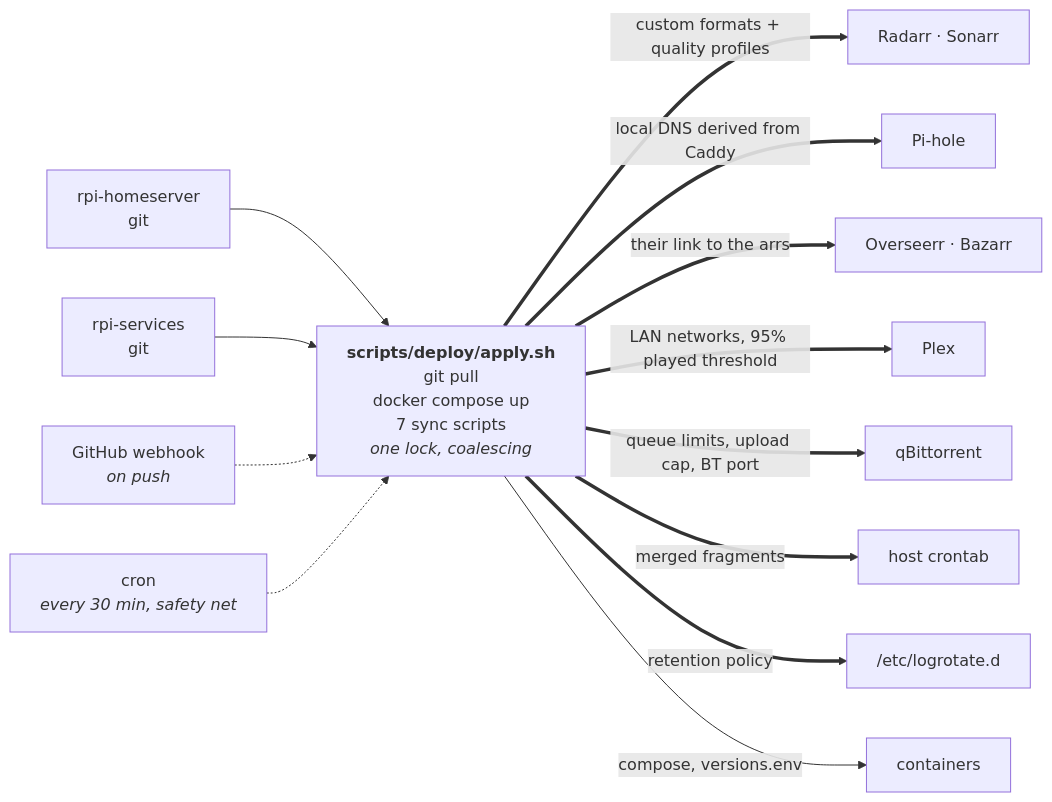
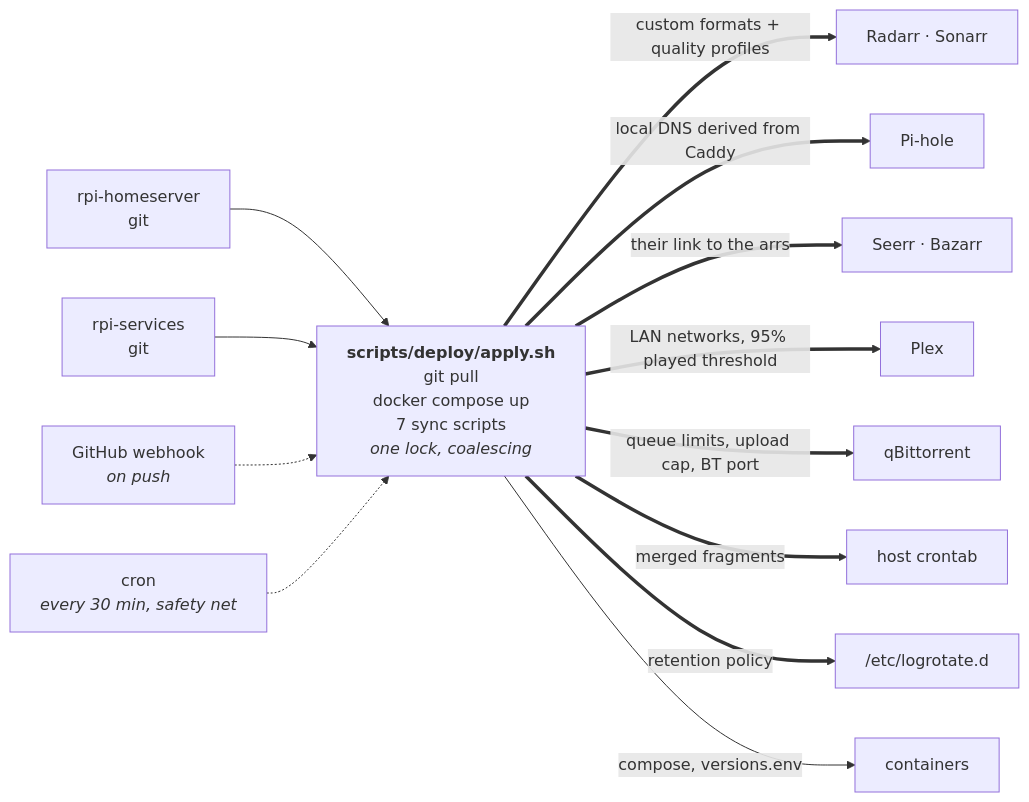
One commit to PlatanosVerdes/rpi-homeserver changed the second of 8 diagrams in docs/architecture.md. Above: the diagram before and after it, drawn with Mermaid. The commit also changed other lines of this file and 12 other files, not shown here.

````diff
--- a/docs/architecture.md
+++ b/docs/architecture.md
@@ -82,18 +82,18 @@
 ```mermaid
 flowchart LR
   GIT1["rpi-homeserver<br/>git"] --> APPLY
   GIT2["rpi-services<br/>git"] --> APPLY
   HOOK["GitHub webhook<br/><i>on push</i>"] -.-> APPLY
   CRON["cron<br/><i>every 30 min, safety net</i>"] -.-> APPLY
 
   APPLY["<b>scripts/deploy/apply.sh</b><br/>git pull<br/>docker compose up<br/>7 sync scripts<br/><i>one lock, coalescing</i>"]
 
   APPLY ==>|custom formats + quality profiles| ARR["Radarr · Sonarr"]
   APPLY ==>|local DNS derived from Caddy| PH["Pi-hole"]
-  APPLY ==>|their link to the arrs| OV["Overseerr · Bazarr"]
+  APPLY ==>|their link to the arrs| OV["Seerr · Bazarr"]
   APPLY ==>|LAN networks, 95% played threshold| PLEX["Plex"]
   APPLY ==>|queue limits, upload cap, BT port| QB["qBittorrent"]
   APPLY ==>|merged fragments| CT["host crontab"]
   APPLY ==>|retention policy| LR["/etc/logrotate.d"]
   APPLY -->|compose, versions.env| DK["containers"]
 ```
````
